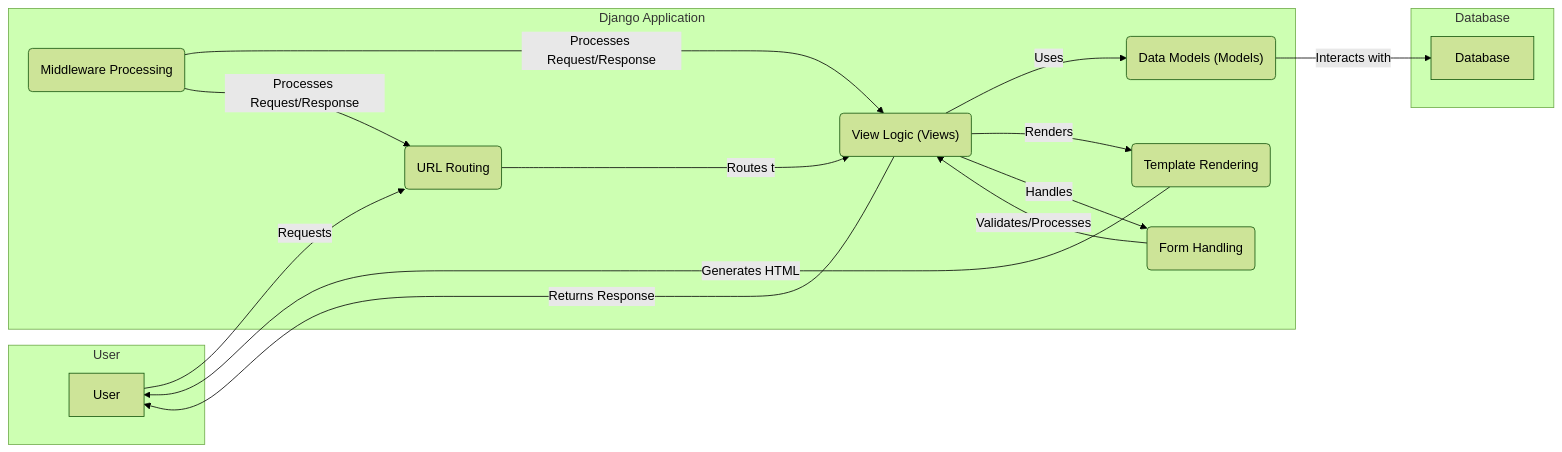
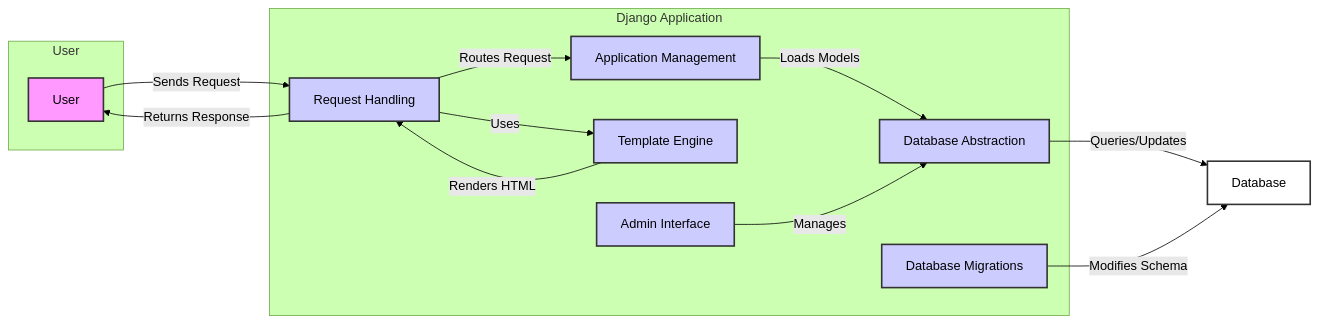
Before and after one commit to CodeBoarding/GeneratedOnBoardings: the diagram in django/on_boarding.md, drawn with Mermaid (forest theme). The commit also changed other lines of this file, not shown here.

Commit message:
Uploading onboarding materials for django

````diff
--- a/django/on_boarding.md
+++ b/django/on_boarding.md
@@ -9,29 +9,34 @@
 ```mermaid
 graph LR
     subgraph User
         A[User]
     end
+
     subgraph Django Application
-        B(URL Routing)
-        C("View Logic (Views)")
-        D("Data Models (Models)")
-        E(Template Rendering)
-        F(Form Handling)
-        G(Middleware Processing)
-    end
-    subgraph Database
-        H[Database]
+        B[Request Handling]
+        C[Application Management]
+        D[Database Abstraction]
+        E[Template Engine]
+        F[Admin Interface]
+        G[Database Migrations]
     end
 
-    A--Requests-->B
-    B--Routes to-->C
-    C--Uses-->D
-    C--Renders-->E
-    C--Handles-->F
-    C--Returns Response-->A
-    D--Interacts with-->H
-    F--Validates/Processes-->C
-    G--Processes Request/Response-->C
-    G--Processes Request/Response-->B
-    E--Generates HTML-->A
+    A--Sends Request-->B
+    B--Routes Request-->C
+    C--Loads Models-->D
+    B--Uses-->E
+    D--Queries/Updates-->Database
+    E--Renders HTML-->B
+    B--Returns Response-->A
+    F--Manages-->D
+    G--Modifies Schema-->Database
+
+    style A fill:#f9f,stroke:#333,stroke-width:2px
+    style B fill:#ccf,stroke:#333,stroke-width:2px
+    style C fill:#ccf,stroke:#333,stroke-width:2px
+    style D fill:#ccf,stroke:#333,stroke-width:2px
+    style E fill:#ccf,stroke:#333,stroke-width:2px
+    style F fill:#ccf,stroke:#333,stroke-width:2px
+    style G fill:#ccf,stroke:#333,stroke-width:2px
+    style Database fill:#fff,stroke:#333,stroke-width:2px
 ```
````
